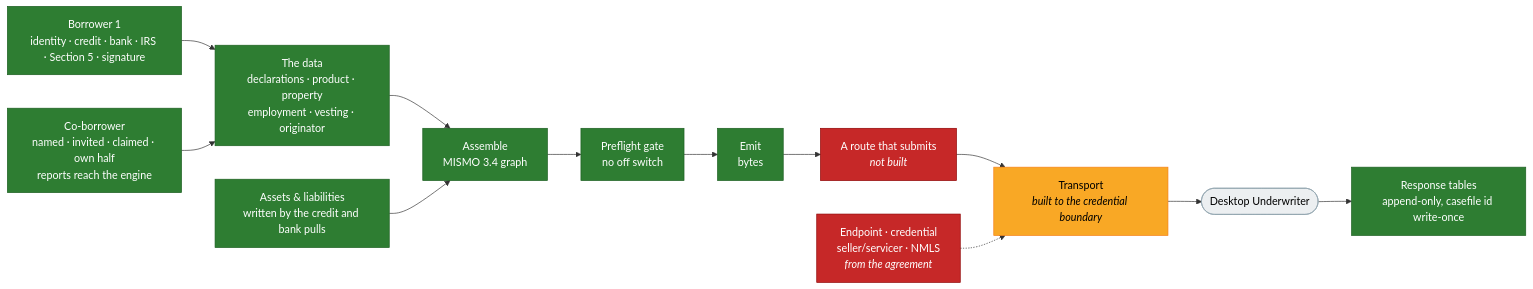
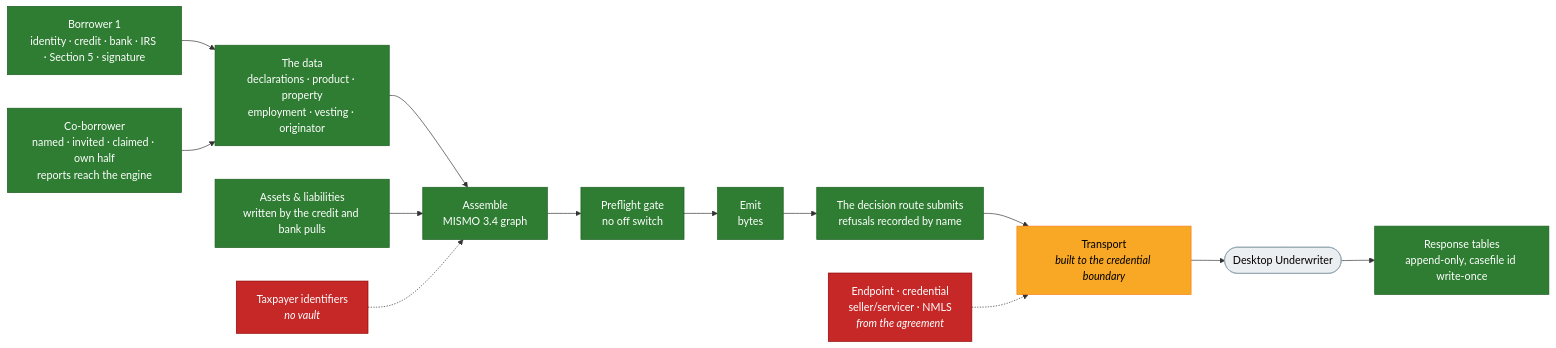
Before and after one commit to Walt-Home/Homestead-Mortgages: the diagram in docs/du-readiness.md, drawn with Mermaid. The commit also changed other lines of this file and 19 other files, not shown here.

````diff
--- a/docs/du-readiness.md
+++ b/docs/du-readiness.md
@@ -25,27 +27,29 @@
 ```mermaid
 flowchart LR
   classDef green fill:#2e7d32,stroke:#1b5e20,color:#fff
   classDef yellow fill:#f9a825,stroke:#f57f17,color:#000
   classDef red fill:#c62828,stroke:#8e0000,color:#fff
   classDef ext fill:#eceff1,stroke:#90a4ae,color:#000
 
   B1["Borrower 1<br/>identity · credit · bank · IRS · Section 5 · signature"]:::green
   CB["Co-borrower<br/>named · invited · claimed · own half<br/>reports reach the engine"]:::green
   DATA["The data<br/>declarations · product · property<br/>employment · vesting · originator"]:::green
   AST["Assets & liabilities<br/>written by the credit and bank pulls"]:::green
   ASM["Assemble<br/>MISMO 3.4 graph"]:::green
   GATE["Preflight gate<br/>no off switch"]:::green
   EMIT["Emit<br/>bytes"]:::green
-  RUN["A route that submits<br/><i>not built</i>"]:::red
+  RUN["The decision route submits<br/>refusals recorded by name"]:::green
   TX["Transport<br/><i>built to the credential boundary</i>"]:::yellow
   KEYS["Endpoint · credential<br/>seller/servicer · NMLS<br/><i>from the agreement</i>"]:::red
+  SSN["Taxpayer identifiers<br/><i>no vault</i>"]:::red
   DU(["Desktop Underwriter"]):::ext
   RESP["Response tables<br/>append-only, casefile id write-once"]:::green
 
   B1 --> DATA
   CB --> DATA
   DATA --> ASM
   AST --> ASM
   ASM --> GATE --> EMIT --> RUN --> TX --> DU --> RESP
   KEYS -.-> TX
+  SSN -.-> ASM
 ```
````
